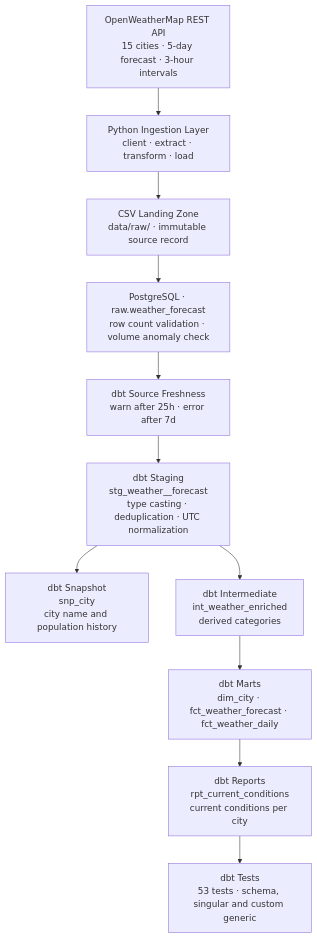
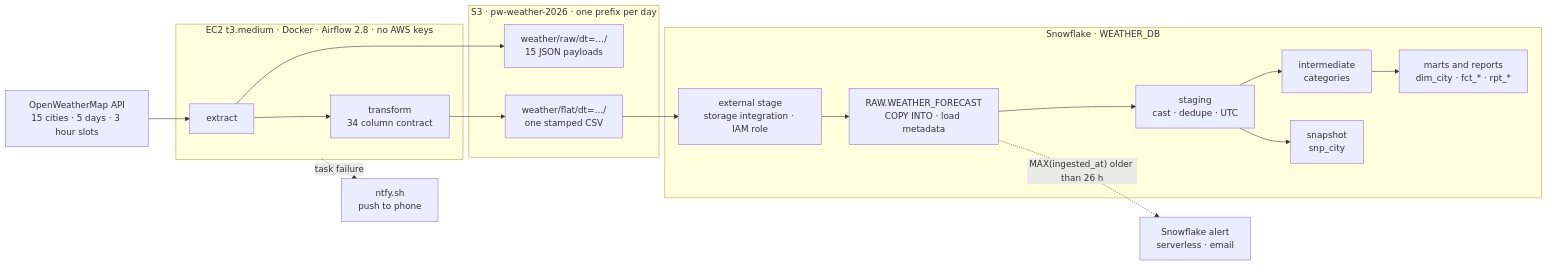
One commit to pwhite0313/weather-data-pipeline changed the first of 2 diagrams in README.md. Above: the diagram before and after it, drawn with Mermaid. The commit also changed other lines of this file and 8 other files, not shown here.

Commit message:
docs: day 5, the first unattended run read three ways, README rewritten for the S3 to Snowflake pipeline, stale Postgres-era files removed

````diff
--- a/README.md
+++ b/README.md
@@ -52,13 +41,24 @@
 ```mermaid
-graph TD
-    A["OpenWeatherMap REST API\n15 cities · 5-day forecast · 3-hour intervals"] --> B["Python Ingestion Layer\nclient · extract · transform · load"]
-    B --> C["CSV Landing Zone\ndata/raw/ · immutable source record"]
-    C --> D["PostgreSQL · raw.weather_forecast\nrow count validation · volume anomaly check"]
-    D --> D2["dbt Source Freshness\nwarn after 25h · error after 7d"]
-    D2 --> E["dbt Staging\nstg_weather__forecast\ntype casting · deduplication · UTC normalization"]
-    E --> E2["dbt Snapshot\nsnp_city\ncity name and population history"]
-    E --> F["dbt Intermediate\nint_weather_enriched\nderived categories"]
-    F --> G["dbt Marts\ndim_city · fct_weather_forecast · fct_weather_daily"]
-    G --> H["dbt Reports\nrpt_current_conditions\ncurrent conditions per city"]
-    H --> I["dbt Tests\n53 tests · schema, singular and custom generic"]
+graph LR
+    API["OpenWeatherMap API<br/>15 cities · 5 days · 3 hour slots"]
+    subgraph EC2["EC2 t3.medium · Docker · Airflow 2.8 · no AWS keys"]
+        X["extract"] --> T["transform<br/>34 column contract"]
+    end
+    subgraph S3["S3 · pw-weather-2026 · one prefix per day"]
+        R["weather/raw/dt=…/<br/>15 JSON payloads"]
+        F["weather/flat/dt=…/<br/>one stamped CSV"]
+    end
+    subgraph SF["Snowflake · WEATHER_DB"]
+        ST["external stage<br/>storage integration · IAM role"] --> RAW["RAW.WEATHER_FORECAST<br/>COPY INTO · load metadata"]
+        RAW --> STG["staging<br/>cast · dedupe · UTC"]
+        STG --> INT["intermediate<br/>categories"]
+        INT --> M["marts and reports<br/>dim_city · fct_* · rpt_*"]
+        STG --> SNP["snapshot<br/>snp_city"]
+    end
+    API --> X
+    X --> R
+    T --> F
+    F --> ST
+    RAW -. "MAX(ingested_at) older than 26 h" .-> AL["Snowflake alert<br/>serverless · email"]
+    EC2 -. "task failure" .-> NT["ntfy.sh<br/>push to phone"]
 ```
````
